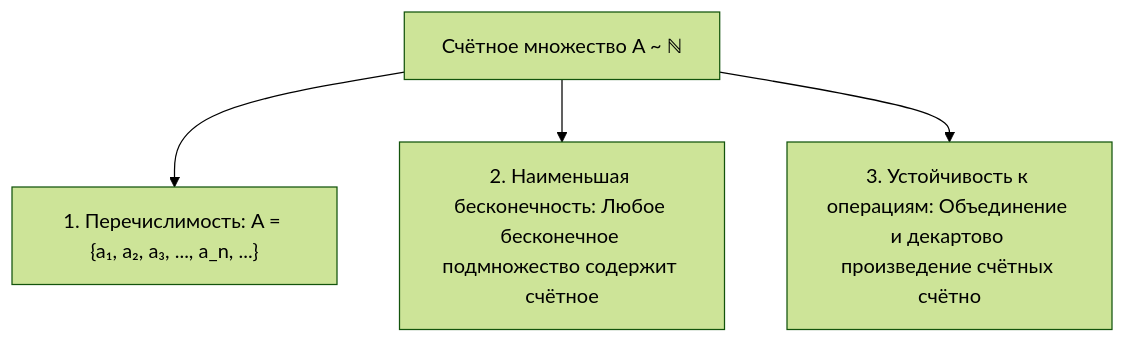
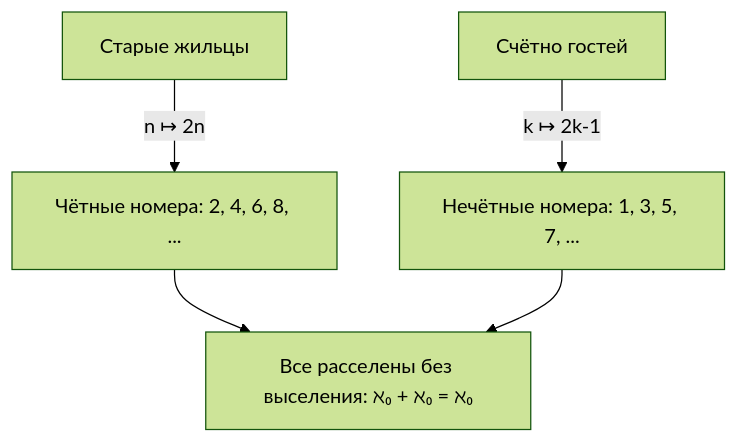
One commit to bprm60-del/ITMO_IS_lectory changed the fourth of 11 diagrams in ДМ/Лекция 8/Дискретная математика лекция 8.md. Above: the diagram before and after it, drawn with Mermaid (forest theme). The commit also changed other lines of this file, not shown here.

````diff
--- a/ДМ/Лекция 8/Дискретная математика лекция 8.md
+++ b/ДМ/Лекция 8/Дискретная математика лекция 8.md
@@ -95,6 +149,7 @@
 ```mermaid
 graph TD
-    Count["Счётное множество A ~ ℕ"] --> Enum["1. Перечислимость: A = {a₁, a₂, a₃, ..., a_n, ...}"]
-    Count --> MinInf["2. Наименьшая бесконечность: Любое бесконечное подмножество содержит счётное"]
-    Count --> Ops["3. Устойчивость к операциям: Объединение и декартово произведение счётных счётно"]
+    Old["Старые жильцы"] -->|"n ↦ 2n"| Even["Чётные номера: 2, 4, 6, 8, ..."]
+    New["Счётно гостей"] -->|"k ↦ 2k-1"| Odd["Нечётные номера: 1, 3, 5, 7, ..."]
+    Even --> Total["Все расселены без выселения: ℵ₀ + ℵ₀ = ℵ₀"]
+    Odd --> Total
 ```
````
